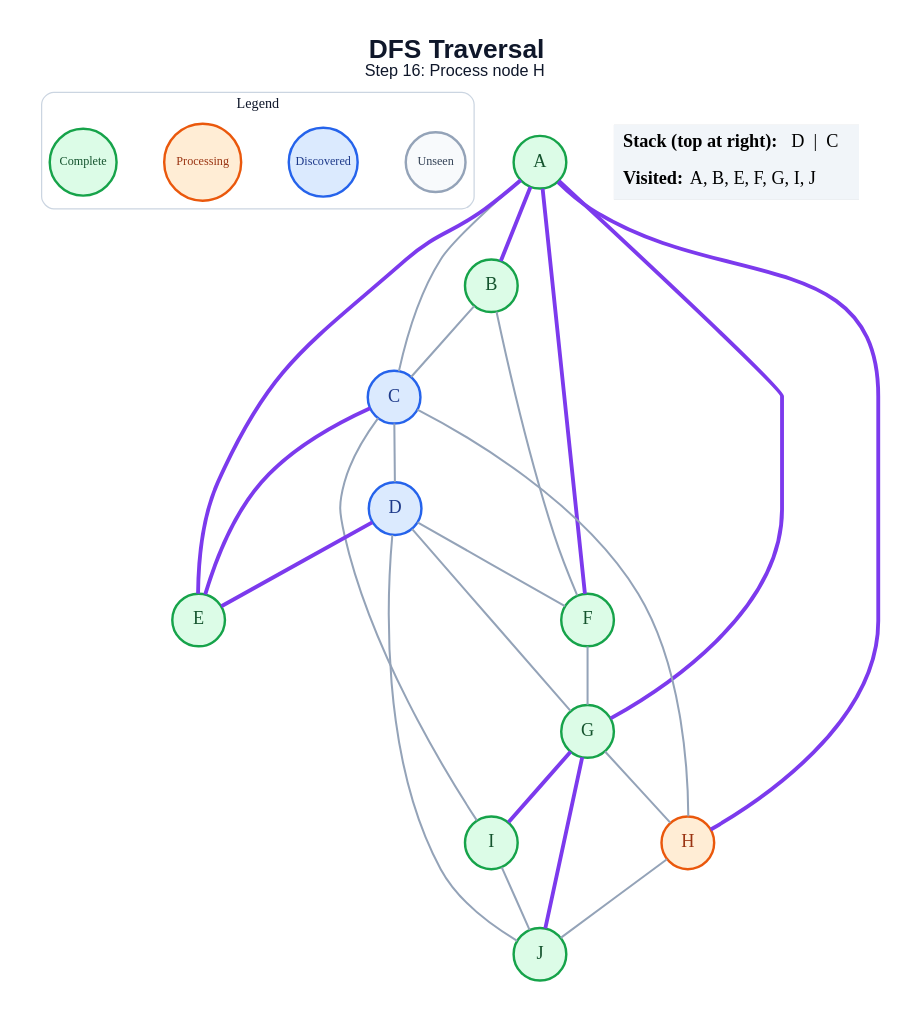
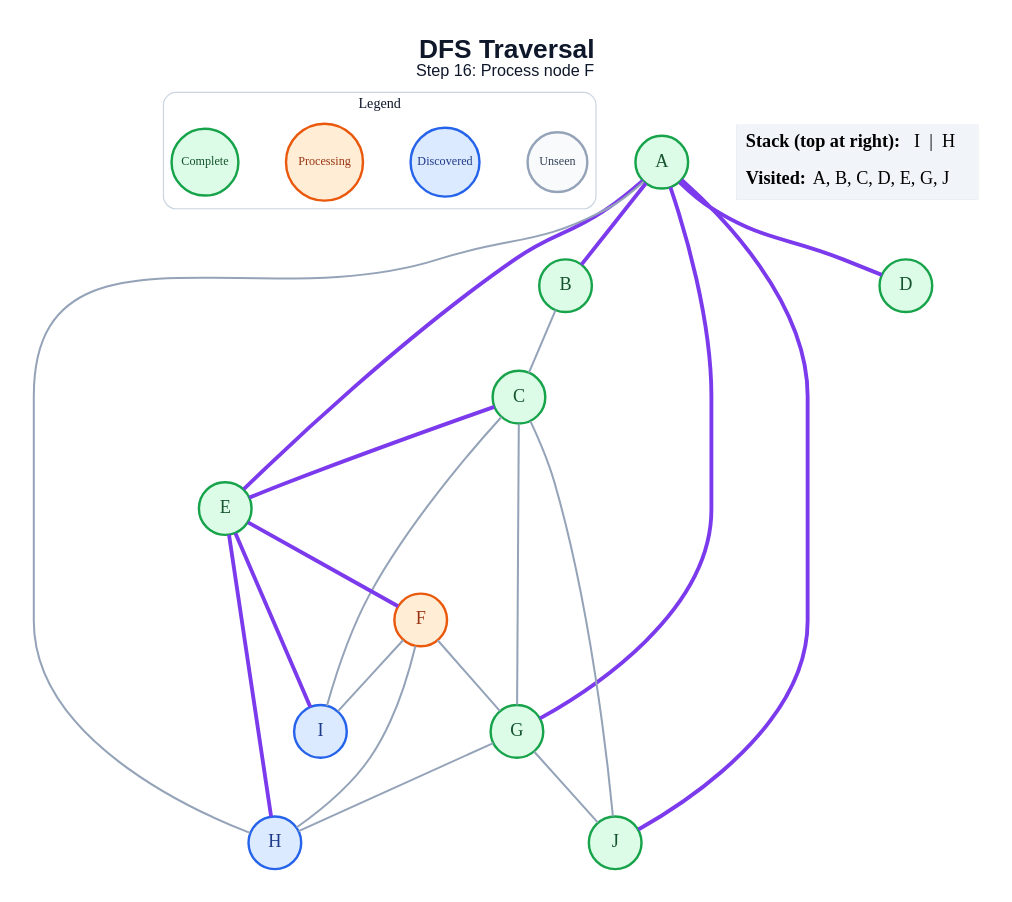
The diagram in generated/specific-node/dfs/step_16.dot (anon7238593-create/ai-slop), drawn with Graphviz before and after one commit. The commit also changed 171 other files, not shown here.

```diff
--- a/generated/specific-node/dfs/step_16.dot
+++ b/generated/specific-node/dfs/step_16.dot
@@ -1,51 +1,48 @@
 graph traversal {
   graph [layout=dot, rankdir=TB, bgcolor="#FFFFFF", pad="0.35", nodesep="0.65", ranksep="0.8", fontname="Arial"];
   node [shape=circle, style="filled", fontname="Arial Bold", fontsize=18, width=0.72, fixedsize=true, penwidth=2.4];
   edge [color="#94A3B8", penwidth=2.0];
-  label=<<B>DFS Traversal</B><BR/><FONT POINT-SIZE="16">Step 16: Process node H</FONT>>; labelloc="t"; fontsize=26; fontname="Arial"; fontcolor="#0F172A";
+  label=<<B>DFS Traversal</B><BR/><FONT POINT-SIZE="16">Step 16: Process node F</FONT>>; labelloc="t"; fontsize=26; fontname="Arial"; fontcolor="#0F172A";
   subgraph cluster_legend { label="Legend"; color="#CBD5E1"; penwidth=1.2; style="rounded"; fontsize=14; fontname="Arial Bold";
     key_unseen [label="Unseen", fillcolor="#F8FAFC", color="#94A3B8", fontcolor="#334155", fontsize=12, width=0.82];
     key_frontier [label="Discovered", fillcolor="#DBEAFE", color="#2563EB", fontcolor="#1E3A8A", fontsize=12, width=0.95];
     key_current [label="Processing", fillcolor="#FFEDD5", color="#EA580C", fontcolor="#9A3412", fontsize=12, width=1.05];
     key_done [label="Complete", fillcolor="#DCFCE7", color="#16A34A", fontcolor="#14532D", fontsize=12, width=0.92];
     { rank=same; key_unseen; key_frontier; key_current; key_done; }
   }
   A [fillcolor="#DCFCE7", color="#16A34A", fontcolor="#14532D"];
   B [fillcolor="#DCFCE7", color="#16A34A", fontcolor="#14532D"];
-  C [fillcolor="#DBEAFE", color="#2563EB", fontcolor="#1E3A8A"];
-  D [fillcolor="#DBEAFE", color="#2563EB", fontcolor="#1E3A8A"];
+  C [fillcolor="#DCFCE7", color="#16A34A", fontcolor="#14532D"];
+  D [fillcolor="#DCFCE7", color="#16A34A", fontcolor="#14532D"];
   E [fillcolor="#DCFCE7", color="#16A34A", fontcolor="#14532D"];
-  F [fillcolor="#DCFCE7", color="#16A34A", fontcolor="#14532D"];
+  F [fillcolor="#FFEDD5", color="#EA580C", fontcolor="#9A3412"];
   G [fillcolor="#DCFCE7", color="#16A34A", fontcolor="#14532D"];
-  H [fillcolor="#FFEDD5", color="#EA580C", fontcolor="#9A3412"];
-  I [fillcolor="#DCFCE7", color="#16A34A", fontcolor="#14532D"];
+  H [fillcolor="#DBEAFE", color="#2563EB", fontcolor="#1E3A8A"];
+  I [fillcolor="#DBEAFE", color="#2563EB", fontcolor="#1E3A8A"];
   J [fillcolor="#DCFCE7", color="#16A34A", fontcolor="#14532D"];
   A -- B [color="#7C3AED", penwidth=3.8];
-  A -- C;
+  A -- D [color="#7C3AED", penwidth=3.8];
   A -- E [color="#7C3AED", penwidth=3.8];
-  A -- F [color="#7C3AED", penwidth=3.8];
   A -- G [color="#7C3AED", penwidth=3.8];
-  A -- H [color="#7C3AED", penwidth=3.8];
+  A -- H;
+  A -- J [color="#7C3AED", penwidth=3.8];
   B -- C;
-  B -- F;
-  C -- D;
   C -- E [color="#7C3AED", penwidth=3.8];
-  C -- H;
+  C -- G;
   C -- I;
-  D -- E [color="#7C3AED", penwidth=3.8];
-  D -- F;
-  D -- G;
-  D -- J;
+  C -- J;
+  E -- F [color="#7C3AED", penwidth=3.8];
+  E -- H [color="#7C3AED", penwidth=3.8];
+  E -- I [color="#7C3AED", penwidth=3.8];
   F -- G;
+  F -- H;
+  F -- I;
   G -- H;
-  G -- I [color="#7C3AED", penwidth=3.8];
-  G -- J [color="#7C3AED", penwidth=3.8];
-  H -- J;
-  I -- J;
+  G -- J;
   status [shape=plain, fixedsize=false, width=0, height=0, margin=0, label=<
     <TABLE BORDER="0" CELLBORDER="0" CELLPADDING="7" BGCOLOR="#F1F5F9">
-      <TR><TD ALIGN="LEFT"><B>Stack (top at right):</B> D  |  C</TD></TR>
-      <TR><TD ALIGN="LEFT"><B>Visited:</B> A, B, E, F, G, I, J</TD></TR>
+      <TR><TD ALIGN="LEFT"><B>Stack (top at right):</B> I  |  H</TD></TR>
+      <TR><TD ALIGN="LEFT"><B>Visited:</B> A, B, C, D, E, G, J</TD></TR>
     </TABLE>
   >];
 }
```
